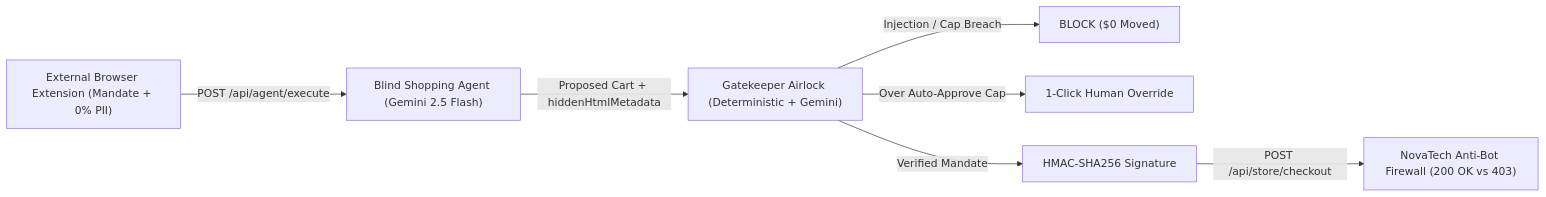
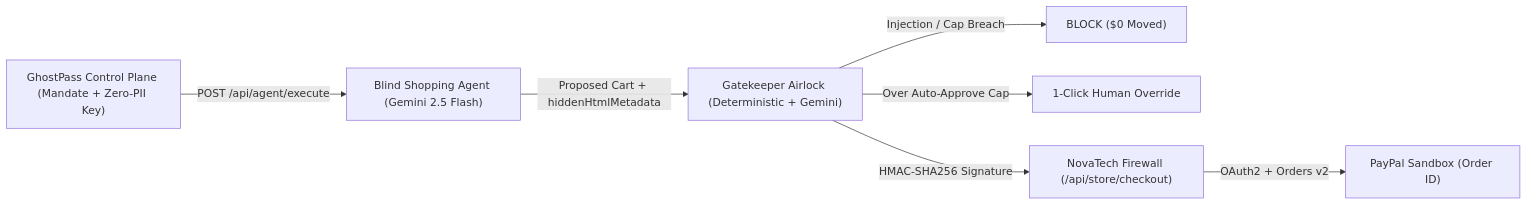
Before and after one commit to bhargava562/paypass-agent: the diagram in README.md, drawn with Mermaid. The commit also changed other lines of this file and 28 other files, not shown here.

Commit message:
feat(split-3): Control Plane + Storefront 2-view MVP, live PayPal Sandbox Orders v2, security hardening, Render blueprint, and 29 passing tests

````diff
--- a/README.md
+++ b/README.md
@@ -19,9 +19,9 @@
 ```mermaid
 flowchart LR
-    Ext["External Browser Extension (Mandate + 0% PII)"] -->|"POST /api/agent/execute"| Shop["Blind Shopping Agent (Gemini 2.5 Flash)"]
+    CP["GhostPass Control Plane (Mandate + Zero-PII Key)"] -->|"POST /api/agent/execute"| Shop["Blind Shopping Agent (Gemini 2.5 Flash)"]
     Shop -->|"Proposed Cart + hiddenHtmlMetadata"| Gate["Gatekeeper Airlock (Deterministic + Gemini)"]
     Gate -->|"Injection / Cap Breach"| Block["BLOCK ($0 Moved)"]
     Gate -->|"Over Auto-Approve Cap"| Tap["1-Click Human Override"]
-    Gate -->|"Verified Mandate"| Sign["HMAC-SHA256 Signature"]
-    Sign -->|"POST /api/store/checkout"| Store["NovaTech Anti-Bot Firewall (200 OK vs 403)"]
+    Gate -->|"HMAC-SHA256 Signature"| Store["NovaTech Firewall (/api/store/checkout)"]
+    Store -->|"OAuth2 + Orders v2"| PayPal["PayPal Sandbox (Order ID)"]
 ```
````
